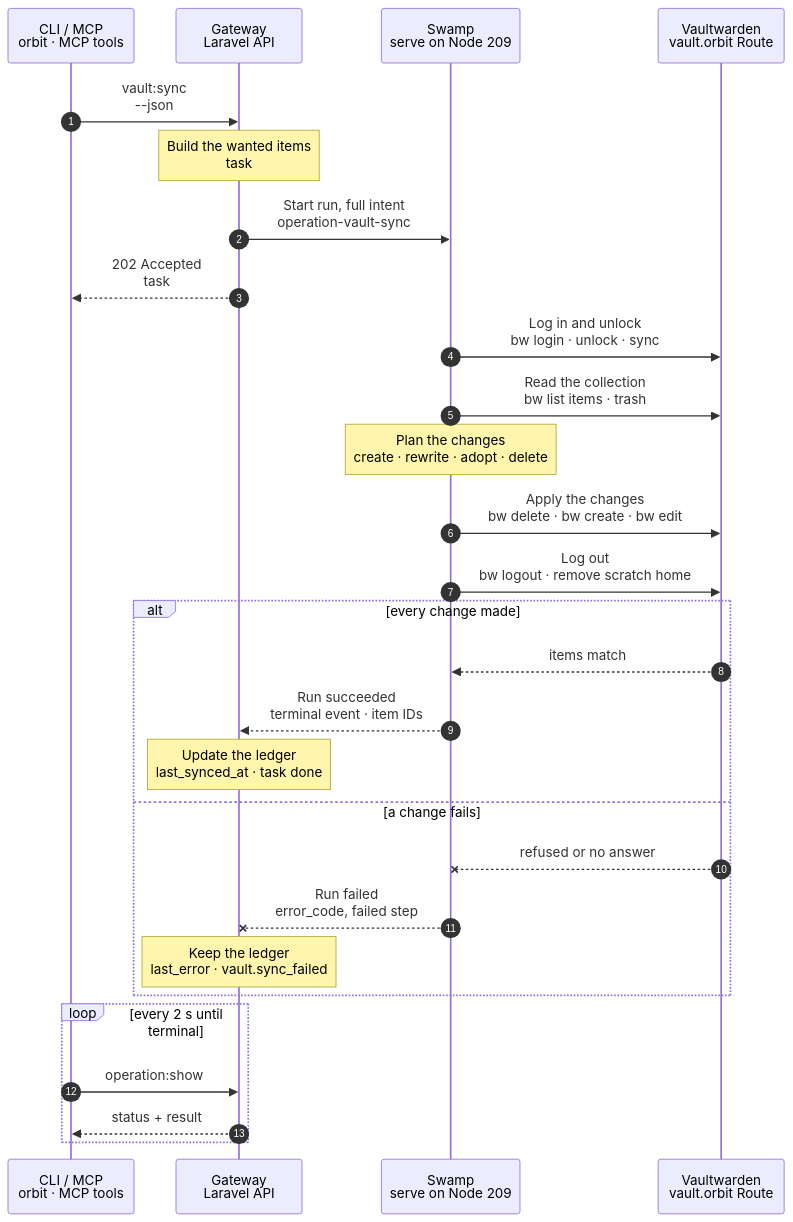
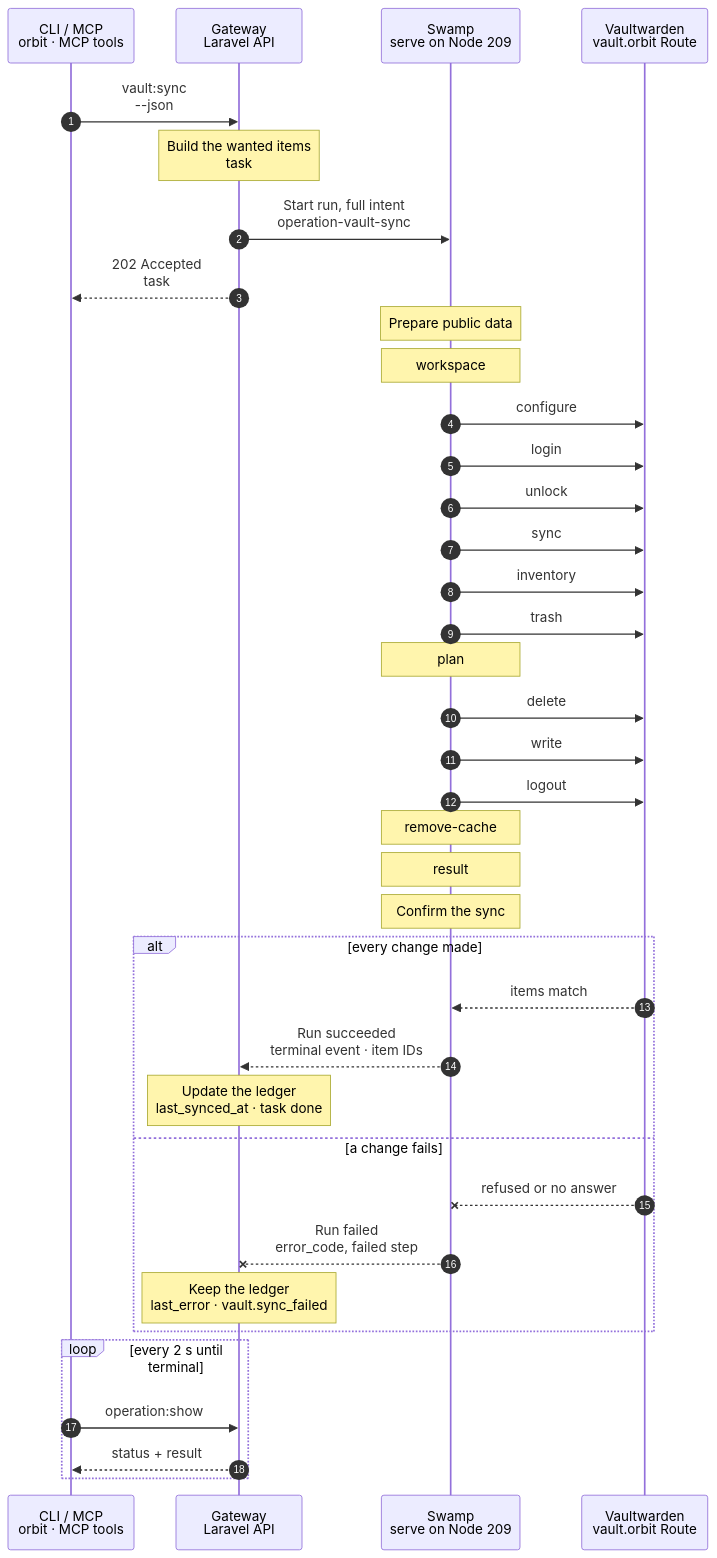
The diagram in docs/cli/vault/sync.mmd (hardimpactdev/orbit), drawn with Mermaid before and after one commit. The commit also changed 24 other files, not shown here.

First line of the commit message:
refactor(vault): use direct Bitwarden CLI and remove 11 shipped scripts

```diff
--- a/docs/cli/vault/sync.mmd
+++ b/docs/cli/vault/sync.mmd
@@ -1,100 +1,93 @@
 sequenceDiagram
   %% Target design: ADR 0244 task, DECISIONS R2-R4, swamp-vault-design (Vaultwarden = human copy). docs/reference/vaultwarden.md#sync.
   %% Tightened: flow-tighten 2026-11-02, rule 6 (deletes and writes in one apply step on the same collection).
   %% status: draft
   %% command: vault:sync
   %% kind: vault.sync
   autonumber
   %% lane CLI icon=terminal pill=caller tone=gray
   %% lane GW icon=gateway pill=intent tone=blue
   %% lane SW icon=workflow pill=executes tone=green
   %% lane VW icon=server pill=target tone=purple
   participant CLI as CLI / MCP<br/>orbit · MCP tools
   participant GW as Gateway<br/>Laravel API
   participant SW as Swamp<br/>serve on Node 209
   participant VW as Vaultwarden<br/>vault.orbit Route
   CLI->>GW: vault:sync<br/>--json
   %%> Command:
   %%> - `orbit vault:sync`
   %%> - syntax: `[--idempotency-key=KEY] [--json]`
   %%> When:
   %%> - the Gateway admits the same sync itself when a database credential changes, and once an hour to repair drift
   %%> - run the command to see the result at once
   %%> Not included:
   %%> - no per-minute poll; nothing runs while nothing changed, except the hourly check
   Note over GW: Build the wanted items<br/>task #5168 · items to vault
   %%> Requirements:
   %%> - the `vault` extension is on and Vaultwarden is set up, else `vault.not_configured`
   %%> - no other setup, sync or teardown runs; a busy sync waits briefly, then returns `vault.sync_busy`
   %%> What it does:
   %%> - builds one Database item per MySQL and PostgreSQL connection and Database user with a stored password; others are listed as skipped
   %%> - pushes the wanted items and the account secrets to the Swamp vault as `vault-sync-5168` after commit (R3)
   %%> Result:
   %%> - task #5168 recorded with the publishing ledger as input
   GW->>SW: Start run, full intent<br/>operation-vault-sync
   %%> What it does:
   %%> - starts one Swamp run on serve (Node 209); no Node is a target
   %%> Inputs:
   %%> - the setup, the ledger of published item IDs and sources, and the vault key names; never a password
   GW-->>CLI: 202 Accepted<br/>task #5168
   %%> What you get:
   %%> - the task number, at once
   %%> Next:
   %%> - the CLI follows the task with `operation:show`, then prints `vault:status`
-  SW->>VW: Log in and unlock<br/>bw login · unlock · sync
-  %%> How:
-  %%> - the official Bitwarden CLI on 209, in a scratch home, trusting only the Orbit root CA
-  %%> - secrets come from `vault.get`, in the environment of each command
-  SW->>VW: Read the collection<br/>bw list items · trash
-  %%> What it does:
-  %%> - reads the collection's items and the trash, and finds Orbit's items by their `orbit.source` field
-  Note over SW: Plan the changes<br/>create · rewrite · adopt · delete
-  %%> What it does:
-  %%> - creates missing items, rewrites changed ones, adopts an item for a wanted source the ledger lacks
-  %%> - deletes a recorded item whose source is gone, only when its ID and source match the ledger
-  %%> Leaves:
-  %%> - items without `orbit.source`, and copies the ledger does not name
-  SW->>VW: Apply the changes<br/>bw delete · bw create · bw edit
-  %%> What it does:
-  %%> - deletes each gone item permanently, then creates or rewrites each planned item as a Secure Note with the Database item fields, one `forEach` item each
-  %%> Refuses:
-  %%> - an item that also belongs to another visible collection: `vault.item_shared`
-  %%> Why one step:
-  %%> - one collection, one plan, one failure handling
-  SW->>VW: Log out<br/>bw logout · remove scratch home
-  %%> What it does:
-  %%> - logs out and deletes the scratch home, on success and on failure
+  %% Worker-side actions use the pinned official CLI directly. No scripts are shipped or copied.
+  Note over SW: Prepare public data
+  Note over SW: workspace
+  SW->>VW: configure
+  SW->>VW: login
+  SW->>VW: unlock
+  SW->>VW: sync
+  SW->>VW: inventory
+  SW->>VW: trash
+  Note over SW: plan
+  SW->>VW: delete
+  SW->>VW: write
+  SW->>VW: logout
+  Note over SW: remove-cache
+  Note over SW: result
+  Note over SW: Confirm the sync
   alt every change made
     VW-->>SW: items match
     %%> Returns:
     %%> - each item's ID and source
     SW-->>GW: Run succeeded<br/>terminal event · item IDs
     %%> How the Gateway learns it:
     %%> - its shared run reader sees the terminal event; Swamp never calls the Gateway
     Note over GW: Update the ledger<br/>last_synced_at · task done
     %%> Result:
     %%> - the publishing ledger records each item ID; `vault:status` shows the new `last_synced_at`
     %%> - task #5168 succeeds
   else a change fails
     VW--xSW: refused or no answer
     %%> When:
     %%> - login or unlock fails, Vaultwarden is down, or a create, edit or delete fails
     SW--xGW: Run failed<br/>error_code, failed step
     %%> The Gateway reads:
     %%> - which step failed and its safe error code
     Note over GW: Keep the ledger<br/>last_error · vault.sync_failed
     %%> Result:
     %%> - the ledger stays unchanged; `vault:status` shows `last_error`; task #5168 fails
     %%> In Vaultwarden:
     %%> - changes made before the failure stay
     %%> Retry:
     %%> - safe: the next sync reads the collection again and adopts items a lost reply created
   end
   loop every 2 s until terminal
     CLI->>GW: operation:show #5168
     %%> What it does:
     %%> - asks for the task's status every 2 seconds until it has ended
     GW-->>CLI: status + result
     %%> Returns:
     %%> - the current status, and the result once the task has ended
   end
```
